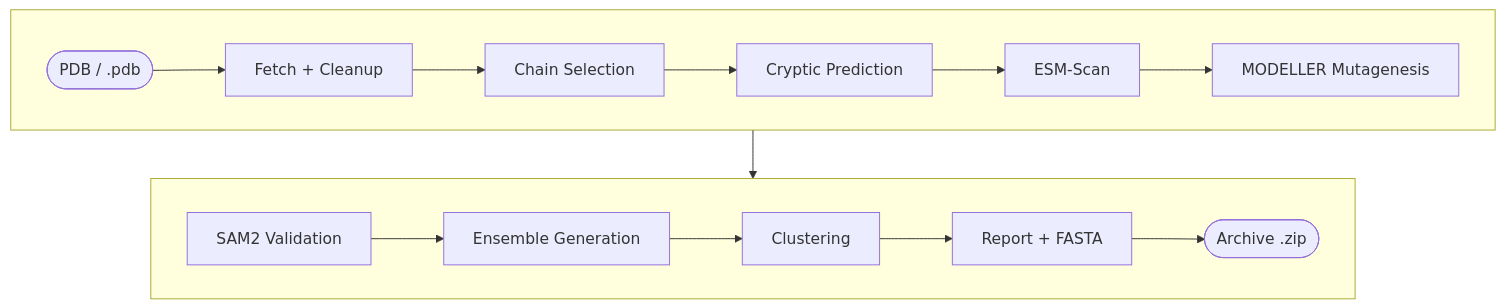
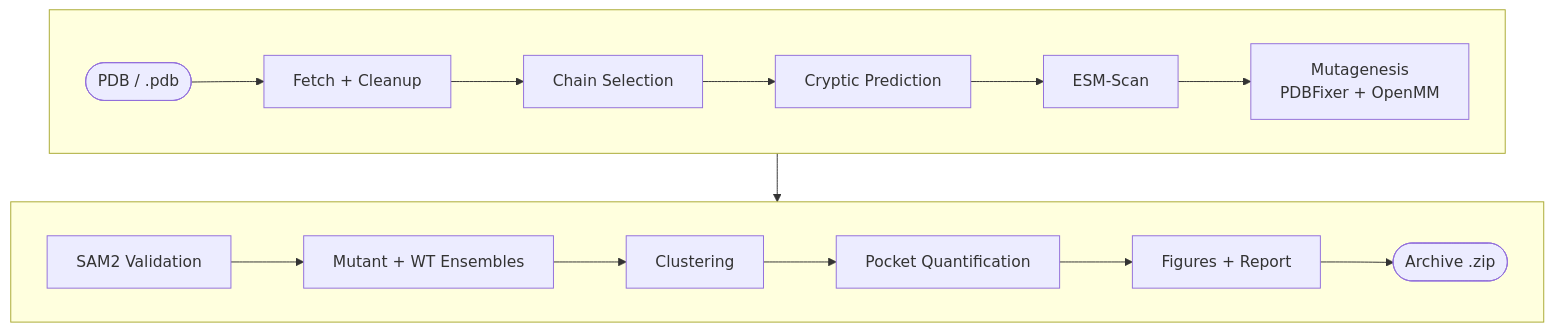
One commit to singhnitink/CryptiScan changed the diagram in README.md. Above: the diagram before and after it, drawn with Mermaid. The commit also changed other lines of this file and 7 other files, not shown here.

````diff
--- a/README.md
+++ b/README.md
@@ -5,12 +5,12 @@
 ```mermaid
 flowchart TB
     subgraph row1 [" "]
         direction LR
-        A([PDB / .pdb]) --> B[Fetch + Cleanup] --> C[Chain Selection] --> D[Cryptic Prediction] --> E[ESM-Scan] --> F[MODELLER Mutagenesis]
+        A([PDB / .pdb]) --> B[Fetch + Cleanup] --> C[Chain Selection] --> D[Cryptic Prediction] --> E[ESM-Scan] --> F[Mutagenesis<br/>PDBFixer + OpenMM]
     end
     subgraph row2 [" "]
         direction LR
-        G[SAM2 Validation] --> H[Ensemble Generation] --> I[Clustering] --> J[Report + FASTA] --> K([Archive .zip])
+        G[SAM2 Validation] --> H[Mutant + WT Ensembles] --> I[Clustering] --> J[Pocket Quantification] --> K[Figures + Report] --> L([Archive .zip])
     end
     row1 --> row2
 ```
````
